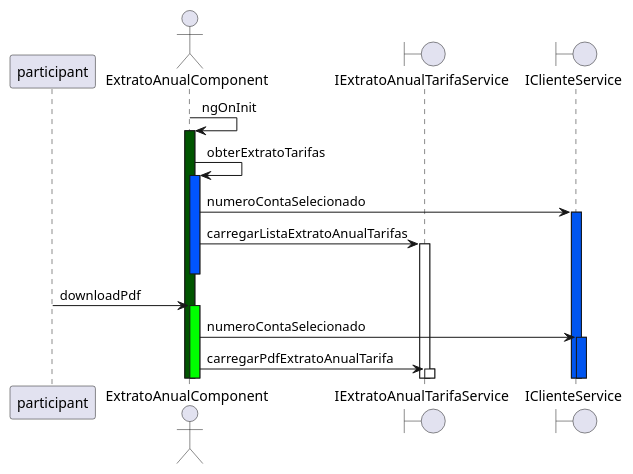
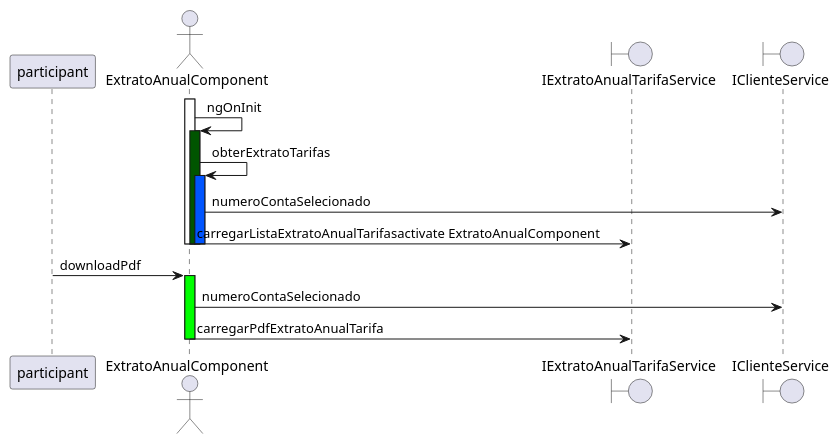
The diagram in example/extrato-anual.component.gabarito.puml (tommymolto/ng-reverse-uml), drawn with PlantUML before and after one commit. The commit also changed 13 other files, not shown here.

```diff
--- a/example/extrato-anual.component.gabarito.puml
+++ b/example/extrato-anual.component.gabarito.puml
@@ -1,18 +1,26 @@
 @startuml
-autoactivate on
 participant participant as Usuario
 actor ExtratoAnualComponent as ExtratoAnualComponent
 boundary IExtratoAnualTarifaService as extratoAnualService
 boundary IClienteService as clienteService
-ExtratoAnualComponent->ExtratoAnualComponent #005500 : ngOnInit
-ExtratoAnualComponent->ExtratoAnualComponent #0055FF :obterExtratoTarifas
+activate ExtratoAnualComponent
+
+ExtratoAnualComponent->ExtratoAnualComponent  : ngOnInit
+activate ExtratoAnualComponent #005500
+ExtratoAnualComponent->ExtratoAnualComponent :obterExtratoTarifas
+activate ExtratoAnualComponent #0055FF
 ExtratoAnualComponent  -> clienteService #0055F0: numeroContaSelecionado
-ExtratoAnualComponent -> extratoAnualService: carregarListaExtratoAnualTarifas
+ExtratoAnualComponent -> extratoAnualService: carregarListaExtratoAnualTarifasactivate ExtratoAnualComponent
 deactivate ExtratoAnualComponent
-Usuario -> ExtratoAnualComponent  #00FF00: downloadPdf
+deactivate ExtratoAnualComponent
+deactivate ExtratoAnualComponent
+Usuario -> ExtratoAnualComponent  : downloadPdf
+activate ExtratoAnualComponent #00FF00
+
 ExtratoAnualComponent  -> clienteService  #0055F0: numeroContaSelecionado
 ExtratoAnualComponent -> extratoAnualService : carregarPdfExtratoAnualTarifa
+deactivate ExtratoAnualComponent
 
 
 
 @enduml
```
